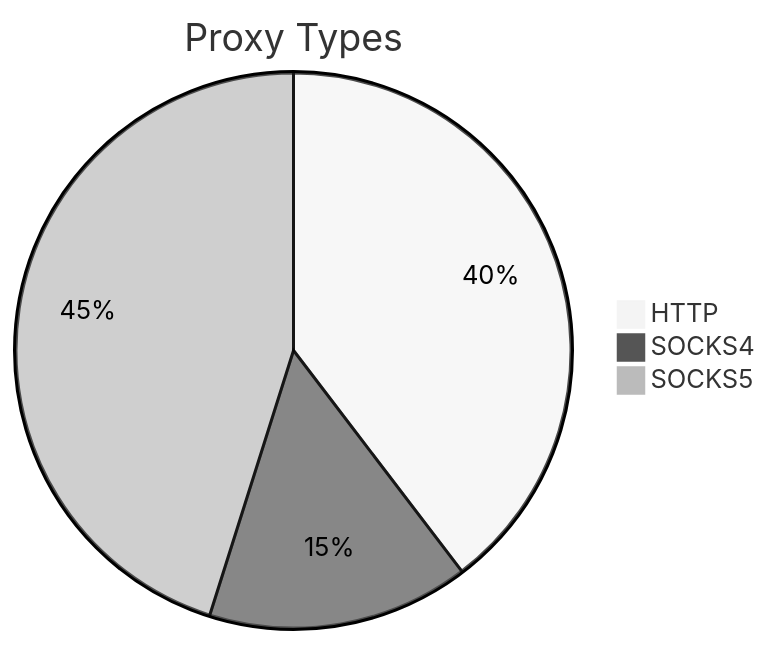
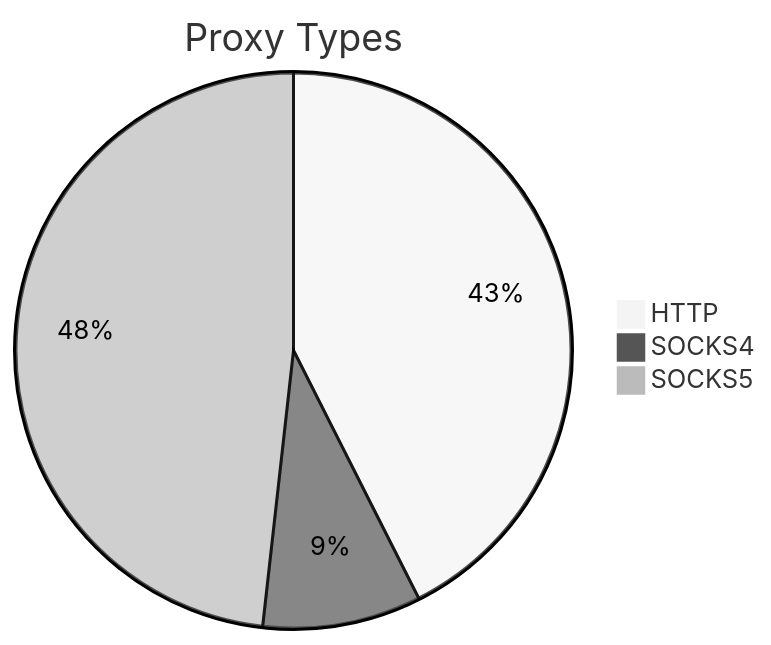
One commit to stormsia/proxy-list changed the first of 2 diagrams in README.md. Above: the diagram before and after it, drawn with Mermaid (neutral theme). The commit also changed other lines of this file, not shown here.

````diff
--- a/README.md
+++ b/README.md
@@ -21,6 +21,6 @@
 ```mermaid
 pie title Proxy Types
-    "HTTP" : 65
-    "SOCKS4" : 25
-    "SOCKS5" : 74
+    "HTTP" : 60
+    "SOCKS4" : 13
+    "SOCKS5" : 68
 ```
````
